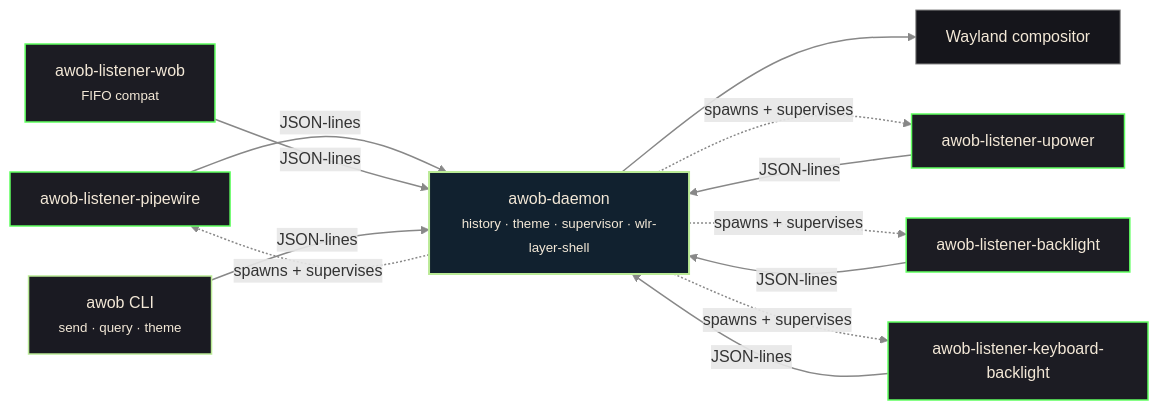
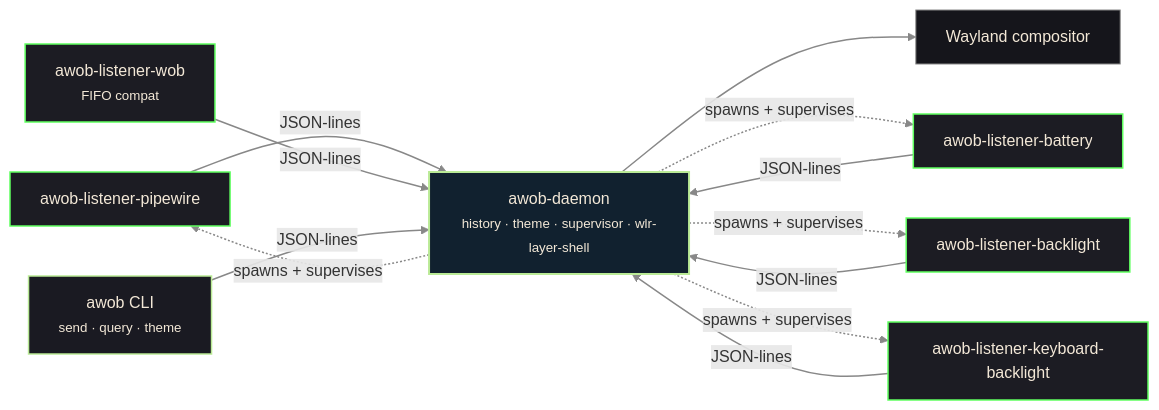
Before and after one commit to jmylchreest/awob: the diagram in docs/docs/usage.md, drawn with Mermaid. The commit also changed other lines of this file and 14 other files, not shown here.

First line of the commit message:
refactor: rename awob-listener-upower → awob-listener-battery

````diff
--- a/docs/docs/usage.md
+++ b/docs/docs/usage.md
@@ -13,36 +13,36 @@
 ```mermaid
 flowchart LR
     PW[awob-listener-pipewire]
-    UP[awob-listener-upower]
+    UP[awob-listener-battery]
     BL[awob-listener-backlight]
     KB[awob-listener-keyboard-backlight]
     WB[awob-listener-wob<br/><small>FIFO compat</small>]
     CLI[awob CLI<br/><small>send · query · theme</small>]
 
     D[awob-daemon<br/><small>history · theme · supervisor · wlr-layer-shell</small>]
     W[Wayland compositor]
 
     PW  --JSON-lines--> D
     UP  --JSON-lines--> D
     BL  --JSON-lines--> D
     KB  --JSON-lines--> D
     WB  --JSON-lines--> D
     CLI --JSON-lines--> D
     D --> W
 
     D -.spawns + supervises.-> PW
     D -.spawns + supervises.-> UP
     D -.spawns + supervises.-> BL
     D -.spawns + supervises.-> KB
 
     classDef listener fill:#1c1c23,stroke:#5fff5f,color:#f3e8d7,stroke-width:1.5px;
     classDef cli      fill:#1a1a22,stroke:#baea96,color:#f3e8d7,stroke-width:1.5px;
     classDef daemon   fill:#11212f,stroke:#baea96,color:#f3e8d7,stroke-width:2px;
     classDef wayland  fill:#15151b,stroke:#888,color:#f3e8d7;
     class PW,UP,BL,KB,WB listener;
     class CLI cli;
     class D daemon;
     class W wayland;
 
     linkStyle default stroke:#888,stroke-width:1.5px;
 ```
````
